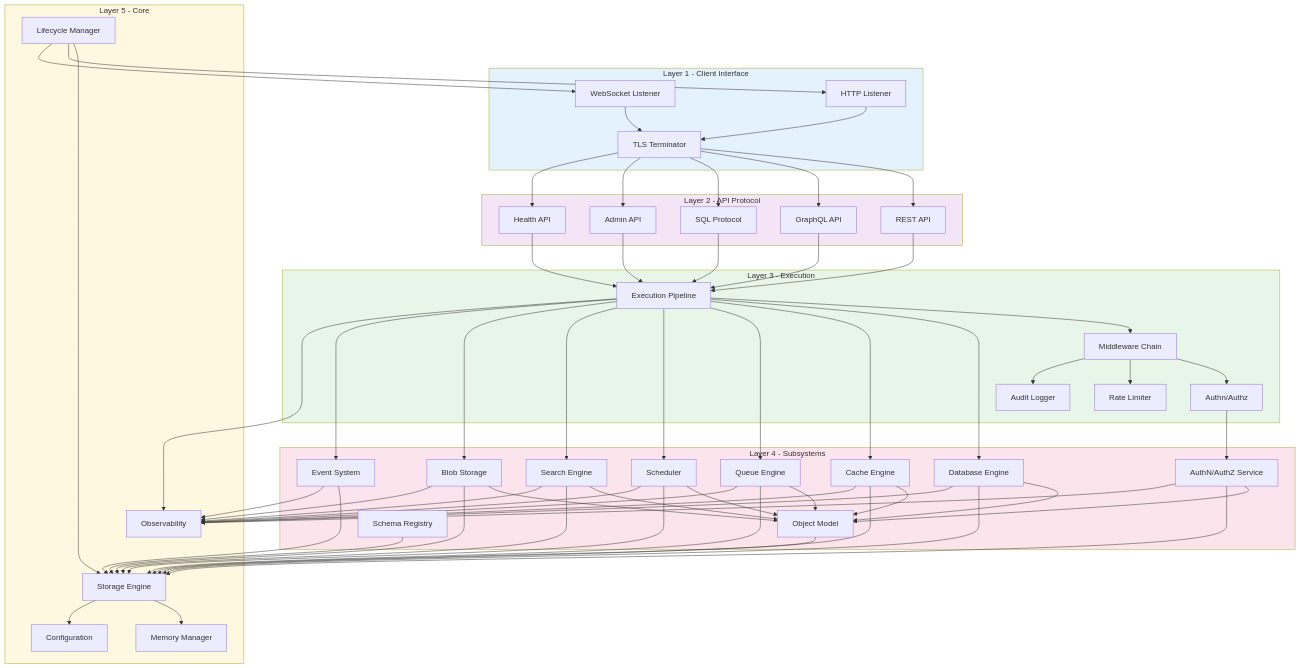
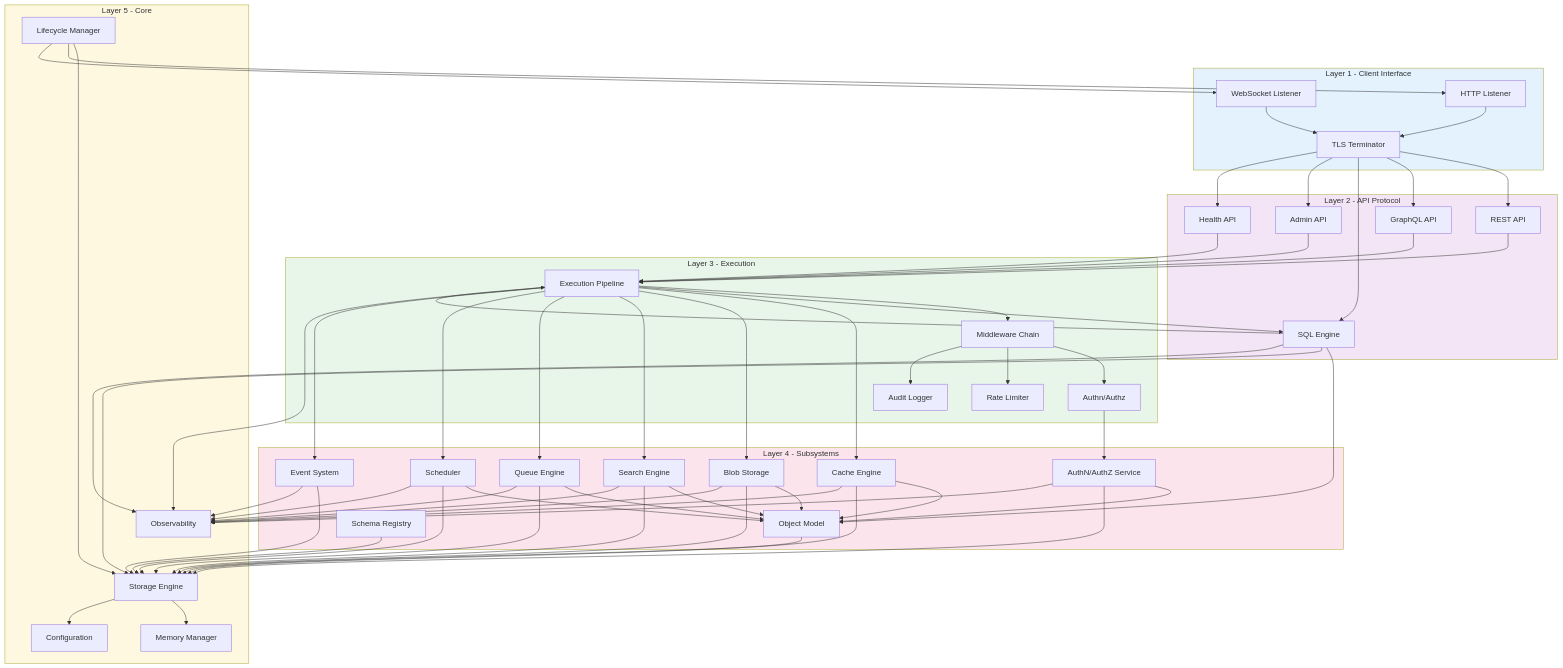
One commit to Icarus-afk/Nova-Runtime changed the second of 7 diagrams in docs/06-high-level-architecture.md. Above: the diagram before and after it, drawn with Mermaid. The commit also changed other lines of this file and 7 other files, not shown here.

First line of the commit message:
Update architecture docs to match Phase 3 implementation

```diff
--- a/docs/06-high-level-architecture.md
+++ b/docs/06-high-level-architecture.md
@@ -237,12 +237,12 @@
     end
 
     subgraph Layer4["Layer 4 - Subsystems"]
-        DB[Database Engine]
+        SQL[SQL Engine]
         Cache[Cache Engine]
+        Blob[Blob Storage]
+        Search[Search Engine]
         Queue[Queue Engine]
         Sched[Scheduler]
-        Search[Search Engine]
-        Blob[Blob Storage]
         IAM[AuthN/AuthZ Service]
         Events[Event System]
         OModel[Object Model]
@@ -277,28 +277,28 @@
     MW --> Audit
 
     Auth --> IAM
-    Pipeline --> DB
+    Pipeline --> SQL
     Pipeline --> Cache
+    Pipeline --> Blob
+    Pipeline --> Search
     Pipeline --> Queue
     Pipeline --> Sched
-    Pipeline --> Search
-    Pipeline --> Blob
     Pipeline --> Events
 
-    DB --> OModel
+    SQL --> OModel
     Cache --> OModel
+    Blob --> OModel
+    Search --> OModel
     Queue --> OModel
     Sched --> OModel
-    Search --> OModel
-    Blob --> OModel
     IAM --> OModel
 
-    DB --> SE
+    SQL --> SE
     Cache --> SE
+    Blob --> SE
+    Search --> SE
     Queue --> SE
     Sched --> SE
-    Search --> SE
-    Blob --> SE
     IAM --> SE
     OModel --> SE
     Schema --> SE
@@ -306,12 +306,12 @@
 
     SE --> MM
     SE --> Config
-    DB --> Obs
+    SQL --> Obs
     Cache --> Obs
+    Blob --> Obs
+    Search --> Obs
     Queue --> Obs
     Sched --> Obs
-    Search --> Obs
-    Blob --> Obs
     IAM --> Obs
     Events --> Obs
     Pipeline --> Obs
```
